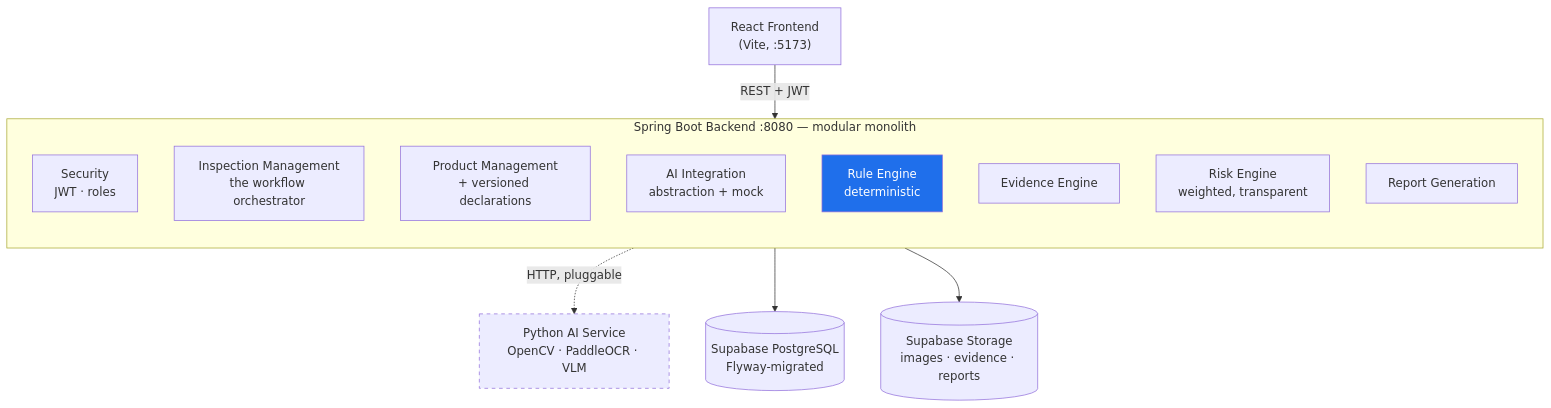
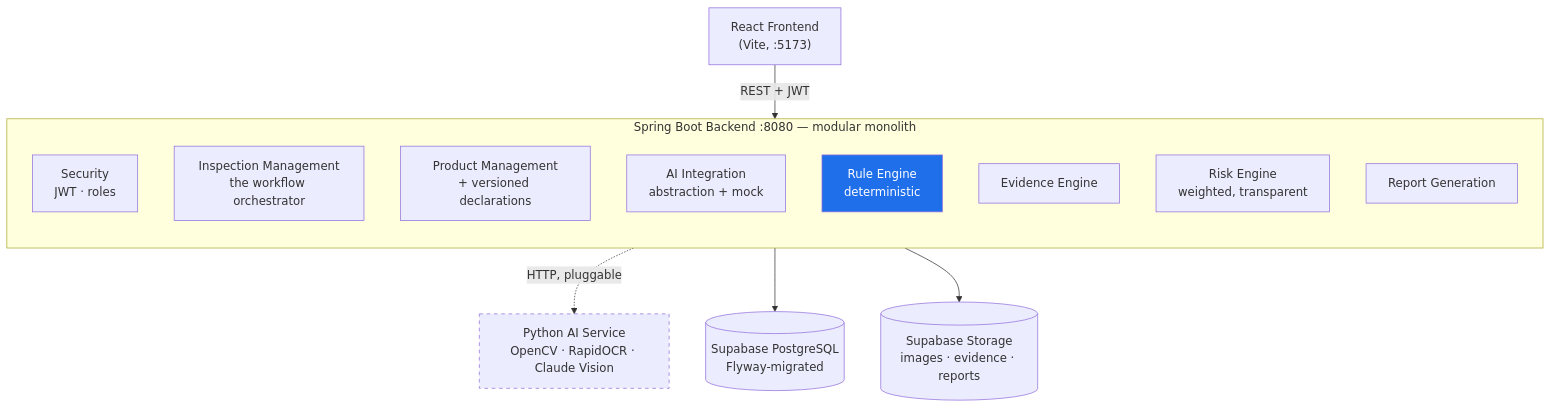
The first of 3 diagrams in README.md (johan-paul/LM-Guard), drawn with Mermaid before and after one commit. The commit also changed other lines of this file and 41 other files, not shown here.

````diff
--- a/README.md
+++ b/README.md
@@ -49,23 +53,23 @@
 ```mermaid
 flowchart TD
     FE["React Frontend<br/>(Vite, :5173)"] -->|REST + JWT| API
 
     subgraph API["Spring Boot Backend :8080 — modular monolith"]
         direction TB
         SEC["Security<br/>JWT · roles"]
         INS["Inspection Management<br/>the workflow orchestrator"]
         PRD["Product Management<br/>+ versioned declarations"]
         AI["AI Integration<br/>abstraction + mock"]
         RUL["Rule Engine<br/>deterministic"]
         EVD["Evidence Engine"]
         RSK["Risk Engine<br/>weighted, transparent"]
         RPT["Report Generation"]
     end
 
     API --> DB[("Supabase PostgreSQL<br/>Flyway-migrated")]
     API --> ST[("Supabase Storage<br/>images · evidence · reports")]
-    AI -.->|HTTP, pluggable| PY["Python AI Service<br/>OpenCV · PaddleOCR · VLM"]
+    AI -.->|HTTP, pluggable| PY["Python AI Service<br/>OpenCV · RapidOCR · Claude Vision"]
 
     style RUL fill:#1f6feb,color:#fff
     style PY stroke-dasharray: 5 5
 ```
````
